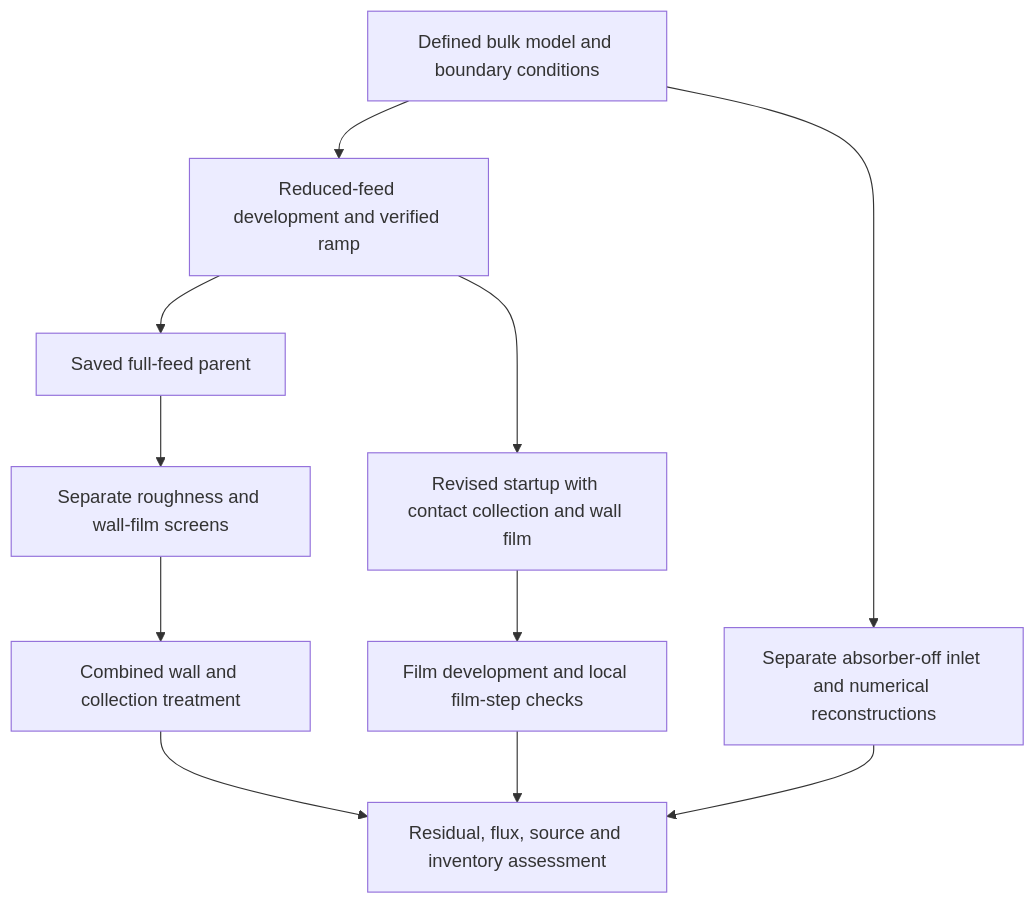
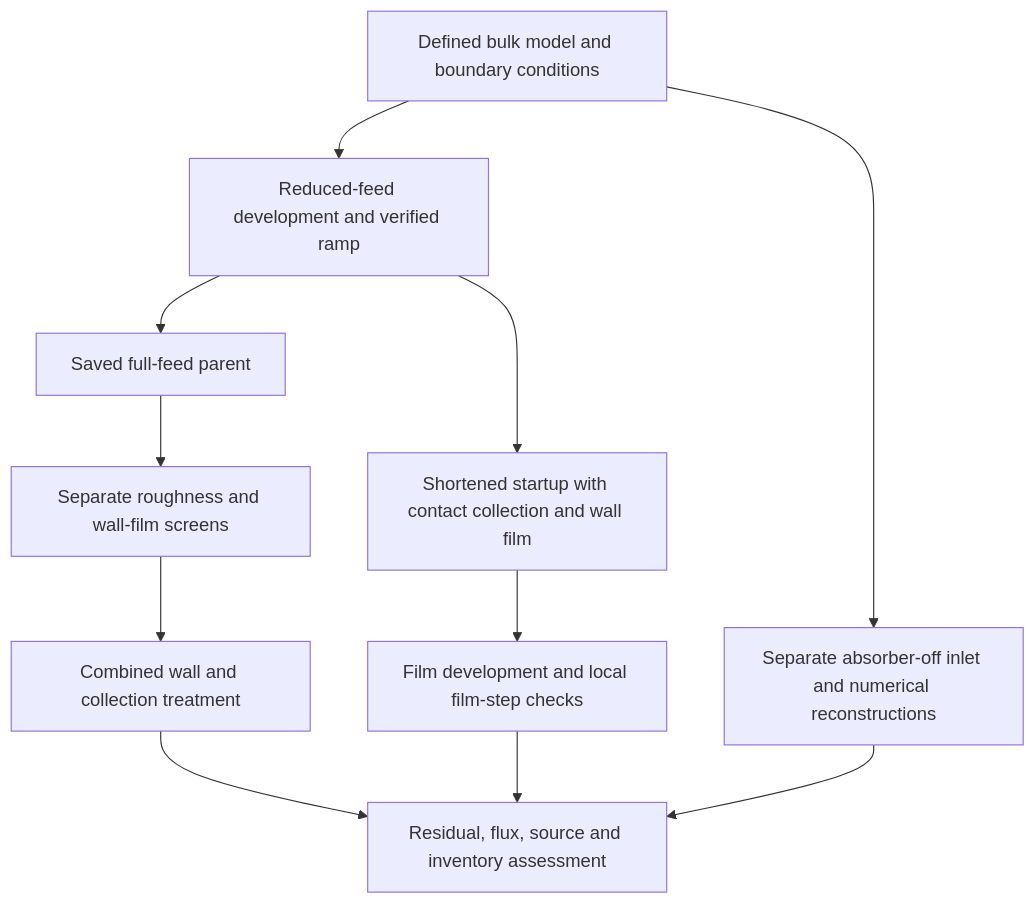
One commit to Shuhei-uni/P4P_knowledgeWiki changed the second of 2 diagrams in Project/Final research report/draft/02-model-and-methods.md. Above: the diagram before and after it, drawn with Mermaid. The commit also changed other lines of this file and 60 other files, not shown here.

````diff
--- a/Project/Final research report/draft/02-model-and-methods.md
+++ b/Project/Final research report/draft/02-model-and-methods.md
@@ -258,13 +238,13 @@
 ```mermaid
 flowchart TD
     A[Defined bulk model and boundary conditions] --> B[Reduced-feed development and verified ramp]
     B --> C[Saved full-feed parent]
     C --> D[Separate roughness and wall-film screens]
     D --> E[Combined wall and collection treatment]
-    B --> F[Revised startup with contact collection and wall film]
+    B --> F[Shortened startup with contact collection and wall film]
     F --> G[Film development and local film-step checks]
     A --> H[Separate absorber-off inlet and numerical reconstructions]
     E --> I[Residual, flux, source and inventory assessment]
     G --> I
     H --> I
 ```
````
